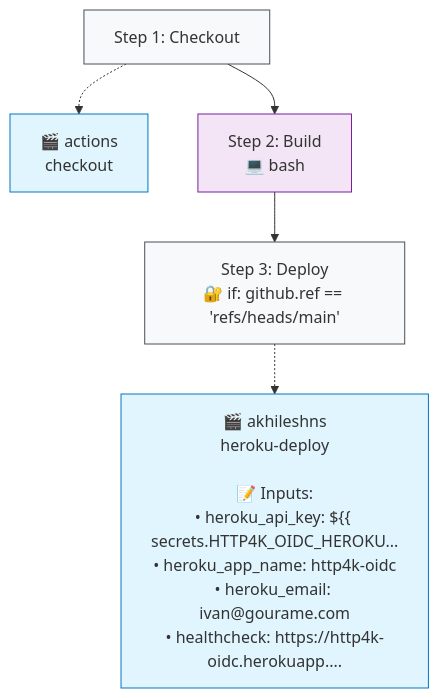
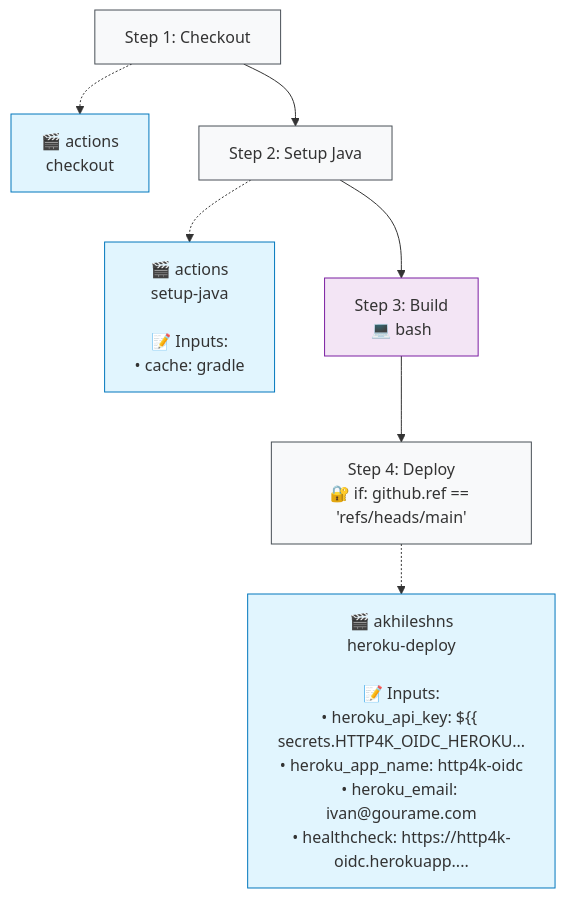
One commit to http4k/http4k-oidc changed the second of 2 diagrams in .github/typeflows/build_and_deploy/README.md. Above: the diagram before and after it, drawn with Mermaid. The commit also changed 2 other files, not shown here.

Commit message:
Add Java setup step to build and deploy workflow

````diff
--- a/.github/typeflows/build_and_deploy/README.md
+++ b/.github/typeflows/build_and_deploy/README.md
@@ -23,18 +23,24 @@
 ```mermaid
 %%{init: {"flowchart": {"curve": "basis"}}}%%
 flowchart TD
     step1["Step 1: Checkout"]
     style step1 fill:#f8f9fa,stroke:#495057
     action1["🎬 actions<br/>checkout"]
     style action1 fill:#e1f5fe,stroke:#0277bd
     step1 -.-> action1
-    step2["Step 2: Build<br/>💻 bash"]
-    style step2 fill:#f3e5f5,stroke:#7b1fa2
+    step2["Step 2: Setup Java"]
+    style step2 fill:#f8f9fa,stroke:#495057
+    action2["🎬 actions<br/>setup-java<br/><br/>📝 Inputs:<br/>• cache: gradle"]
+    style action2 fill:#e1f5fe,stroke:#0277bd
+    step2 -.-> action2
     step1 --> step2
-    step3["Step 3: Deploy<br/>🔐 if: github.ref == 'refs/heads/main'"]
-    style step3 fill:#f8f9fa,stroke:#495057
-    action3["🎬 akhileshns<br/>heroku-deploy<br/><br/>📝 Inputs:<br/>• heroku_api_key: ${{ secrets.HTTP4K_OIDC_HEROKU...<br/>• heroku_app_name: http4k-oidc<br/>• heroku_email: ivan@gourame.com<br/>• healthcheck: https://http4k-oidc.herokuapp...."]
-    style action3 fill:#e1f5fe,stroke:#0277bd
-    step3 -.-> action3
+    step3["Step 3: Build<br/>💻 bash"]
+    style step3 fill:#f3e5f5,stroke:#7b1fa2
     step2 --> step3
+    step4["Step 4: Deploy<br/>🔐 if: github.ref == 'refs/heads/main'"]
+    style step4 fill:#f8f9fa,stroke:#495057
+    action4["🎬 akhileshns<br/>heroku-deploy<br/><br/>📝 Inputs:<br/>• heroku_api_key: ${{ secrets.HTTP4K_OIDC_HEROKU...<br/>• heroku_app_name: http4k-oidc<br/>• heroku_email: ivan@gourame.com<br/>• healthcheck: https://http4k-oidc.herokuapp...."]
+    style action4 fill:#e1f5fe,stroke:#0277bd
+    step4 -.-> action4
+    step3 --> step4
 ```
````
